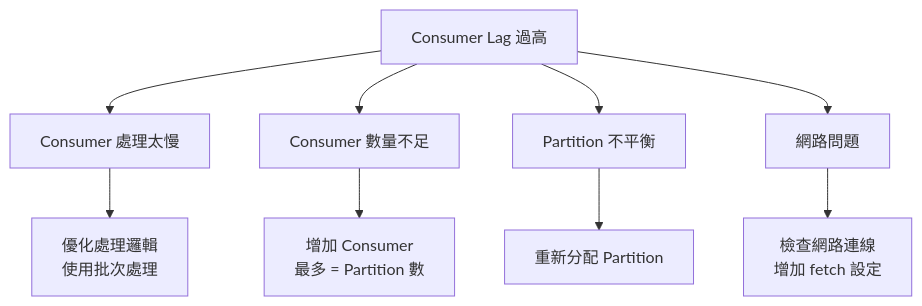
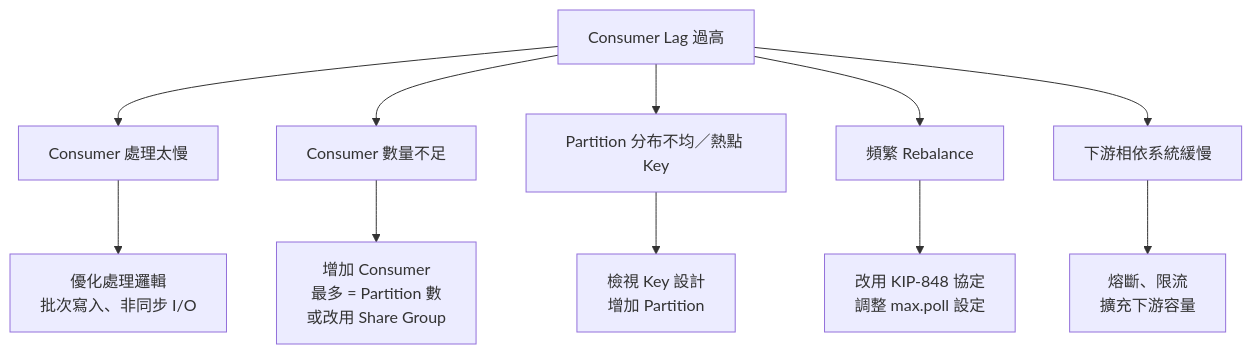
Before and after one commit to chihhung/Blog: diagram 23 of 29 in content/posts/教學/工具/Kafka教學手冊.md, drawn with Mermaid. The commit also changed other lines of this file and 10 other files, not shown here.

````diff
--- a/content/posts/教學/工具/Kafka教學手冊.md
+++ b/content/posts/教學/工具/Kafka教學手冊.md
@@ -1683,14 +3356,16 @@
 ```mermaid
 flowchart TB
     LAG[Consumer Lag 過高]
-    
+
     LAG --> C1[Consumer 處理太慢]
     LAG --> C2[Consumer 數量不足]
-    LAG --> C3[Partition 不平衡]
-    LAG --> C4[網路問題]
-    
-    C1 --> S1[優化處理邏輯<br/>使用批次處理]
-    C2 --> S2[增加 Consumer<br/>最多 = Partition 數]
-    C3 --> S3[重新分配 Partition]
-    C4 --> S4[檢查網路連線<br/>增加 fetch 設定]
+    LAG --> C3[Partition 分布不均／熱點 Key]
+    LAG --> C4[頻繁 Rebalance]
+    LAG --> C5[下游相依系統緩慢]
+
+    C1 --> S1[優化處理邏輯<br/>批次寫入、非同步 I/O]
+    C2 --> S2[增加 Consumer<br/>最多 = Partition 數<br/>或改用 Share Group]
+    C3 --> S3[檢視 Key 設計<br/>增加 Partition]
+    C4 --> S4[改用 KIP-848 協定<br/>調整 max.poll 設定]
+    C5 --> S5[熔斷、限流<br/>擴充下游容量]
 ```
````
